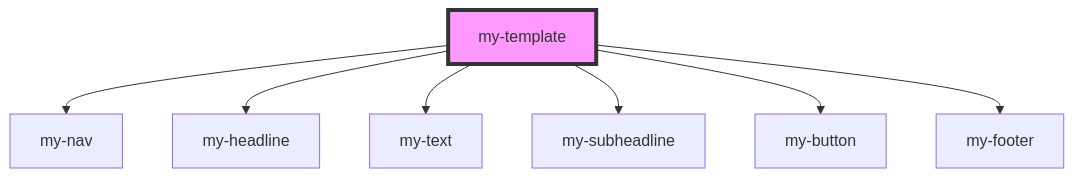
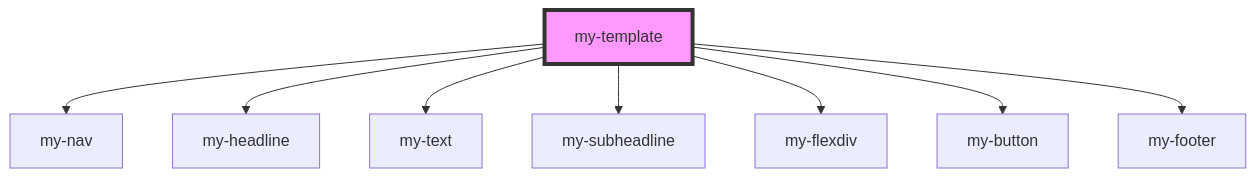
One commit to chrisdancer/Stencil changed the diagram in gestaltgesetze/src/components/my-template/readme.md. Above: the diagram before and after it, drawn with Mermaid. The commit also changed other lines of this file and 4 other files, not shown here.

````diff
--- a/gestaltgesetze/src/components/my-template/readme.md
+++ b/gestaltgesetze/src/components/my-template/readme.md
@@ -20,10 +21,11 @@
 ```mermaid
 graph TD;
   my-template --> my-nav
   my-template --> my-headline
   my-template --> my-text
   my-template --> my-subheadline
+  my-template --> my-flexdiv
   my-template --> my-button
   my-template --> my-footer
   style my-template fill:#f9f,stroke:#333,stroke-width:4px
 ```
````
